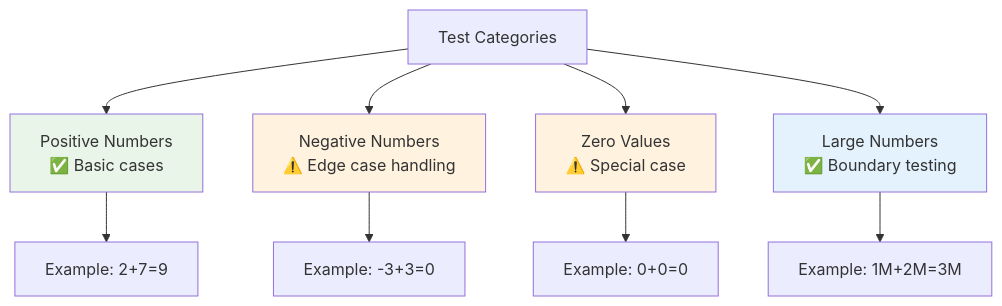
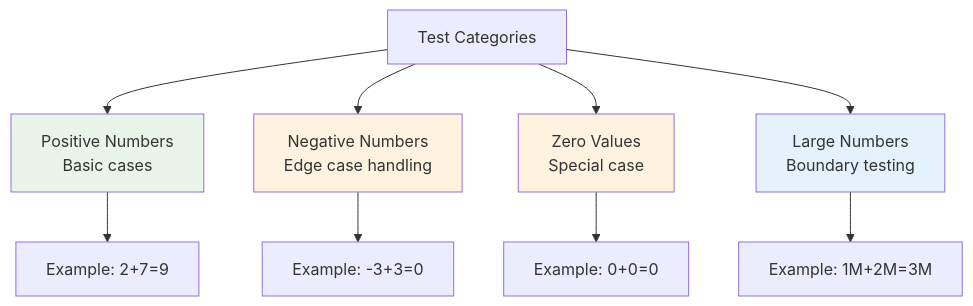
One commit to LuckyLongre123/DSA_CPP changed diagram 12 of 29 in Day_011/README.md. Above: the diagram before and after it, drawn with Mermaid. The commit also changed other lines of this file, not shown here.

````diff
--- a/Day_011/README.md
+++ b/Day_011/README.md
@@ -334,17 +334,17 @@
 ```mermaid
 flowchart TD
-    A["Test Categories"] --> B["Positive Numbers<br/>✅ Basic cases"]
-    A --> C["Negative Numbers<br/>⚠️ Edge case handling"]
-    A --> D["Zero Values<br/>⚠️ Special case"]
-    A --> E["Large Numbers<br/>✅ Boundary testing"]
+    A["Test Categories"] --> B["Positive Numbers<br/>Basic cases"]
+    A --> C["Negative Numbers<br/>Edge case handling"]
+    A --> D["Zero Values<br/>Special case"]
+    A --> E["Large Numbers<br/>Boundary testing"]
     
     B --> F["Example: 2+7=9"]
     C --> G["Example: -3+3=0"]
     D --> H["Example: 0+0=0"]
     E --> I["Example: 1M+2M=3M"]
     
     style B fill:#e8f5e8
     style C fill:#fff3e0
     style D fill:#fff3e0
     style E fill:#e3f2fd
 ```
````
